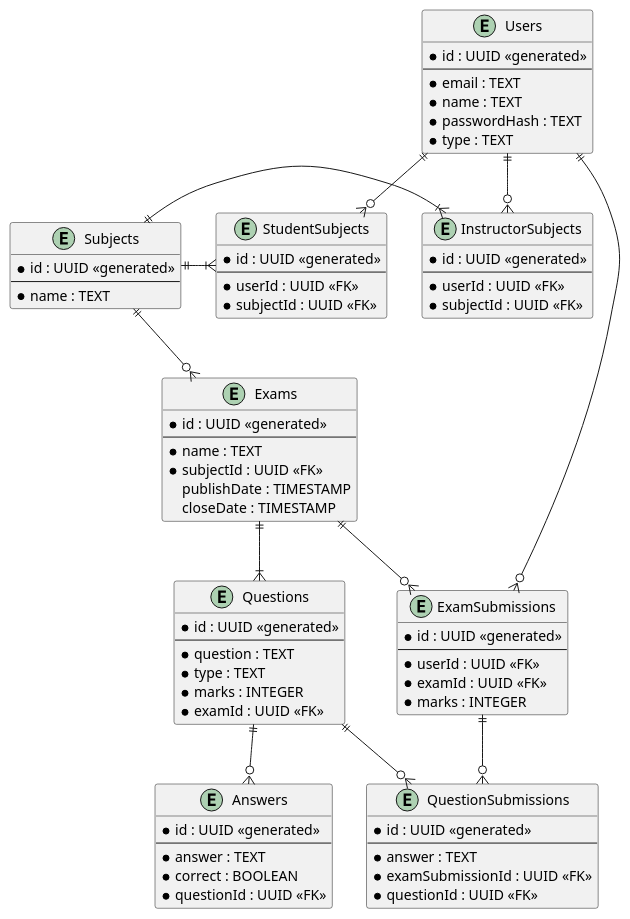
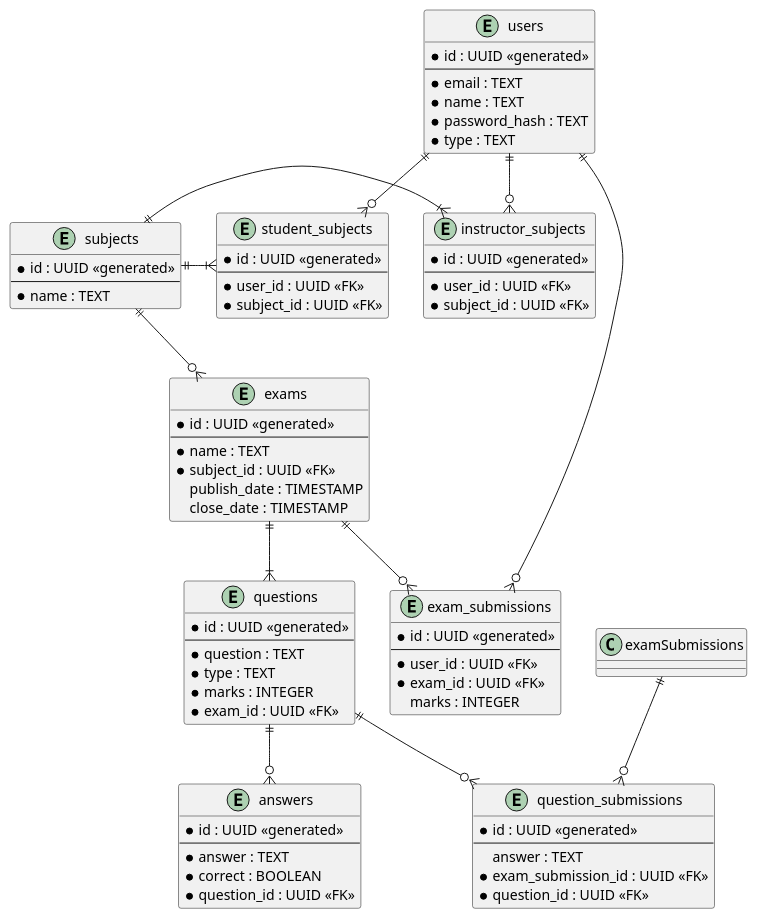
One commit to omjadas/ekzameno changed the diagram in docs/diagrams/er.puml. Above: the diagram before and after it, drawn with PlantUML. The commit also changed 11 other files, not shown here.

```diff
--- a/docs/diagrams/er.puml
+++ b/docs/diagrams/er.puml
@@ -1,88 +1,88 @@
 @startuml ER Diagram
 
-entity Users {
+entity users {
     * id : UUID <<generated>>
     --
     * email : TEXT
     * name : TEXT
-    * passwordHash : TEXT
+    * password_hash : TEXT
     * type : TEXT
 }
 
-entity Subjects {
+entity subjects {
     * id : UUID <<generated>>
     --
     * name : TEXT
 }
 
-entity Exams {
+entity exams {
     * id : UUID <<generated>>
     --
     * name : TEXT
-    * subjectId : UUID <<FK>>
-    publishDate : TIMESTAMP
-    closeDate : TIMESTAMP
+    * subject_id : UUID <<FK>>
+    publish_date : TIMESTAMP
+    close_date : TIMESTAMP
 }
 
-entity Questions {
+entity questions {
     * id : UUID <<generated>>
     --
     * question : TEXT
     * type : TEXT
     * marks : INTEGER
-    * examId : UUID <<FK>>
+    * exam_id : UUID <<FK>>
 }
 
-entity Answers {
+entity answers {
     * id : UUID <<generated>>
     --
     * answer : TEXT
     * correct : BOOLEAN
-    * questionId : UUID <<FK>>
+    * question_id : UUID <<FK>>
 }
 
-entity ExamSubmissions {
+entity exam_submissions {
     * id : UUID <<generated>>
     --
-    * userId : UUID <<FK>>
-    * examId : UUID <<FK>>
-    * marks : INTEGER
+    * user_id : UUID <<FK>>
+    * exam_id : UUID <<FK>>
+    marks : INTEGER
 }
 
-entity QuestionSubmissions {
+entity question_submissions {
     * id : UUID <<generated>>
     --
-    * answer : TEXT
-    * examSubmissionId : UUID <<FK>>
-    * questionId : UUID <<FK>>
+    answer : TEXT
+    * exam_submission_id : UUID <<FK>>
+    * question_id : UUID <<FK>>
 }
 
-entity InstructorSubjects {
+entity instructor_subjects {
     * id : UUID <<generated>>
     --
-    * userId : UUID <<FK>>
-    * subjectId : UUID <<FK>>
+    * user_id : UUID <<FK>>
+    * subject_id : UUID <<FK>>
 }
 
-entity StudentSubjects {
+entity student_subjects {
     * id : UUID <<generated>>
     --
-    * userId : UUID <<FK>>
-    * subjectId : UUID <<FK>>
+    * user_id : UUID <<FK>>
+    * subject_id : UUID <<FK>>
 }
 
-Subjects ||--o{ Exams
-Exams ||--|{ Questions
-Users ||--o{ ExamSubmissions
-Exams ||--o{ ExamSubmissions
-ExamSubmissions ||--o{ QuestionSubmissions
-Questions ||--o{ QuestionSubmissions
-Questions ||--o{ Answers
+subjects ||--o{ exams
+exams ||--|{ questions
+users ||--o{ exam_submissions
+exams ||--o{ exam_submissions
+examSubmissions ||--o{ question_submissions
+questions ||--o{ question_submissions
+questions ||--o{ answers
 
-Users ||--o{ InstructorSubjects
-Users ||--o{ StudentSubjects
+users ||--o{ instructor_subjects
+users ||--o{ student_subjects
 
-Subjects ||-|{ InstructorSubjects
-Subjects ||-|{ StudentSubjects
+subjects ||-|{ instructor_subjects
+subjects ||-|{ student_subjects
 
 @enduml
```
